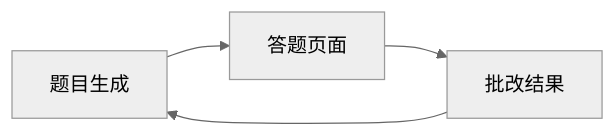
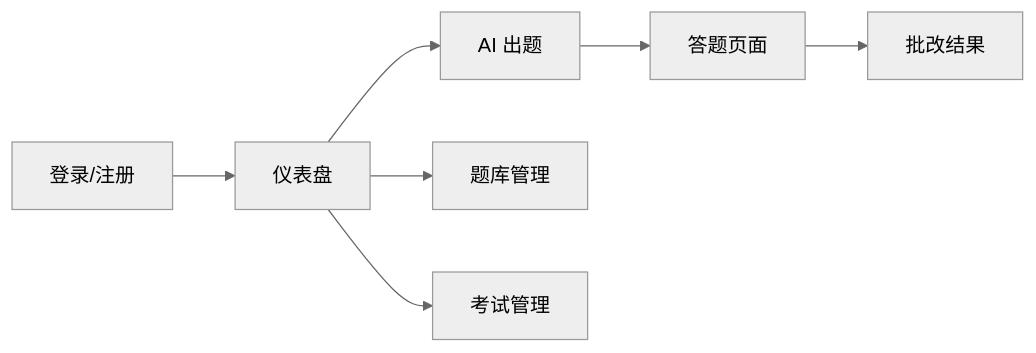
Before and after one commit to Moyucharm/llm-question-generation: the diagram in Front-end/src/pages/README.md, drawn with Mermaid (neutral theme). The commit also changed other lines of this file and 5 other files, not shown here.

````diff
--- a/Front-end/src/pages/README.md
+++ b/Front-end/src/pages/README.md
@@ -49,6 +53,9 @@
 ```mermaid
 graph LR
-    A[题目生成] --> B[答题页面]
-    B --> C[批改结果]
-    C --> A
+    A[登录/注册] --> B[仪表盘]
+    B --> C[AI 出题]
+    C --> D[答题页面]
+    D --> E[批改结果]
+    B --> F[题库管理]
+    B --> G[考试管理]
 ```
````
